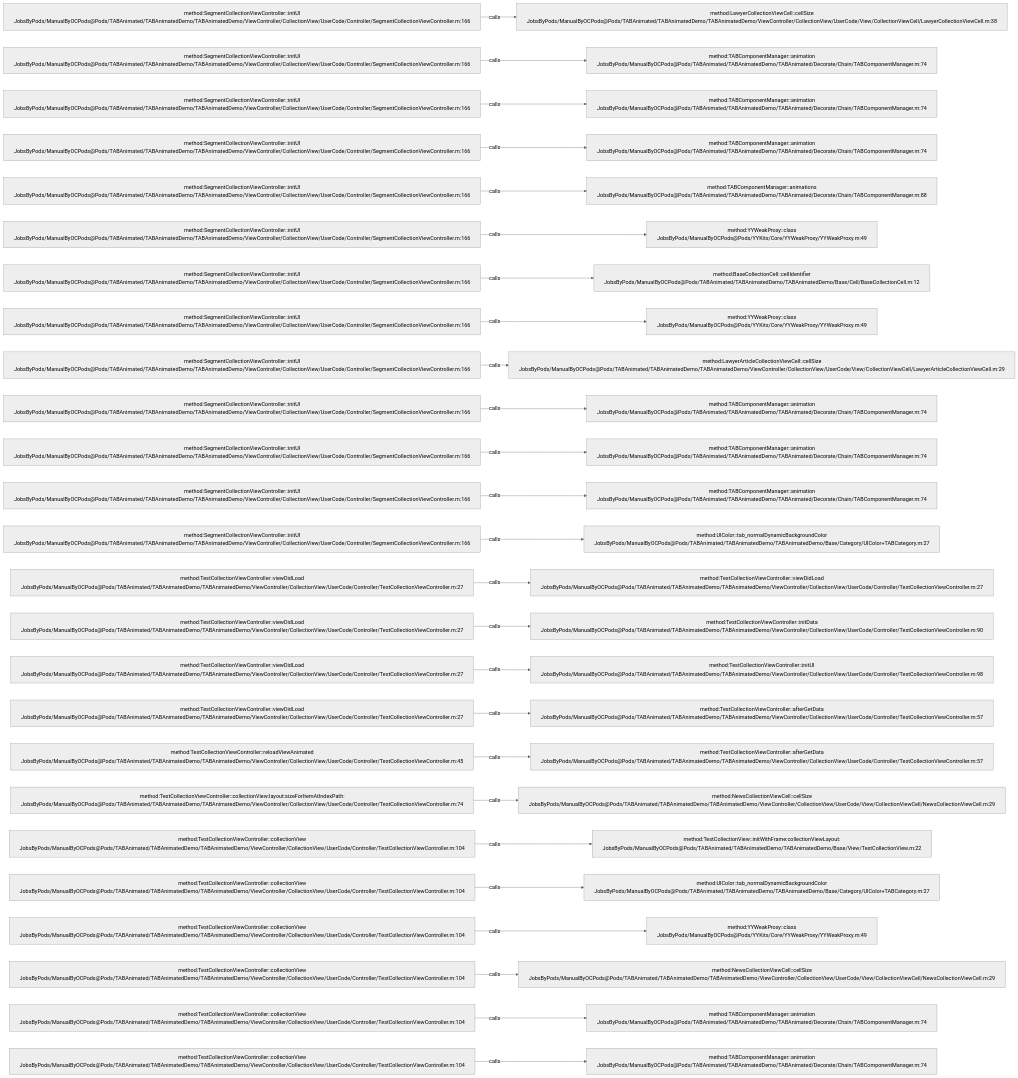
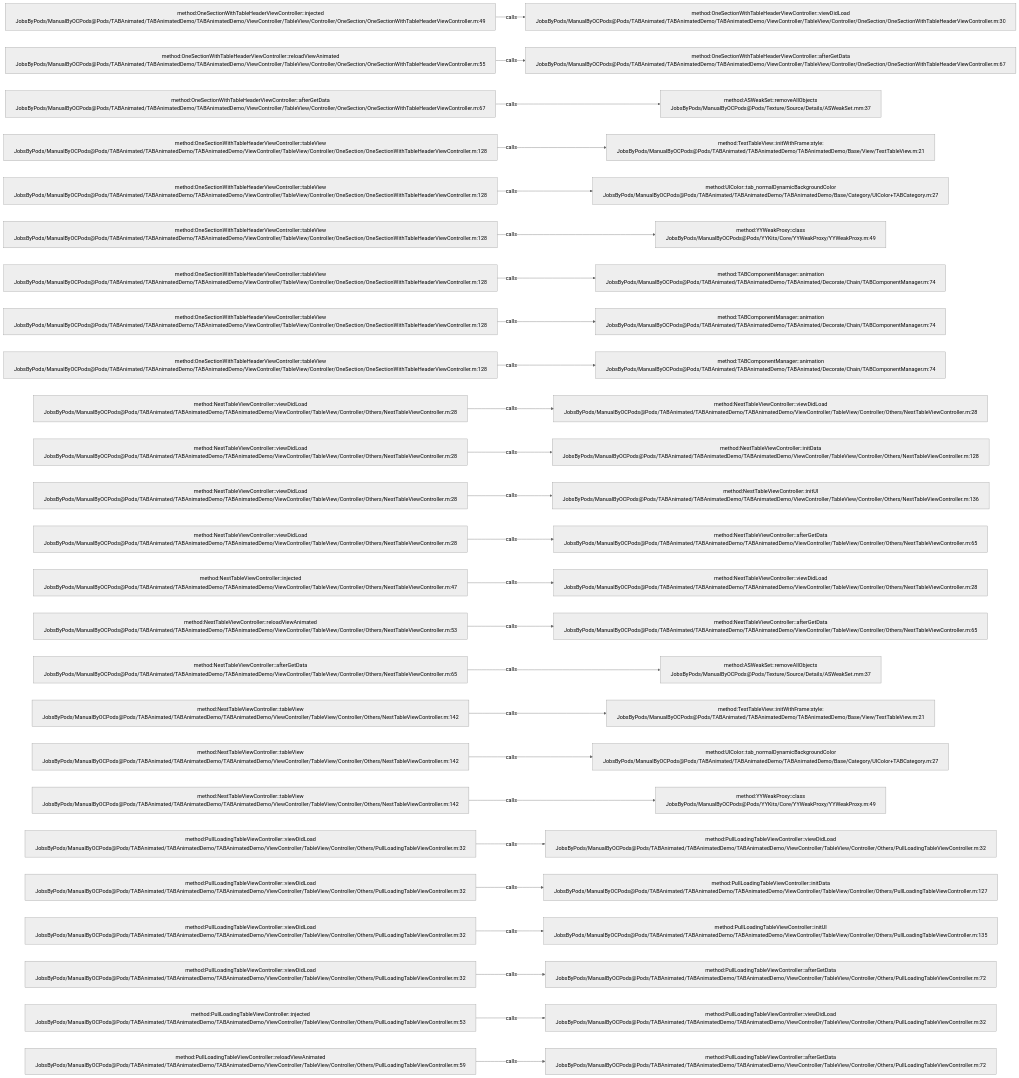
Before and after one commit to JobsKits/JobsOCBaseConfigDemo: the diagram in .codegraph/codegraph.md/graphs/calls-044.md, drawn with Mermaid (neutral theme). The commit also changed 2723 other files, not shown here.

````diff
--- a/.codegraph/codegraph.md/graphs/calls-044.md
+++ b/.codegraph/codegraph.md/graphs/calls-044.md
@@ -13,78 +13,78 @@
 ```mermaid
 flowchart LR
-  S1["method:SegmentCollectionViewController::initUI<br/>JobsByPods/ManualByOCPods@Pods/TABAnimated/TABAnimatedDemo/TABAnimatedDemo/ViewController/CollectionView/UserCode/Controller/SegmentCollectionViewController.m:166"]
-  T1["method:LawyerCollectionViewCell::cellSize<br/>JobsByPods/ManualByOCPods@Pods/TABAnimated/TABAnimatedDemo/TABAnimatedDemo/ViewController/CollectionView/UserCode/View/CollectionViewCell/LawyerCollectionViewCell.m:38"]
+  S1["method:OneSectionWithTableHeaderViewController::injected<br/>JobsByPods/ManualByOCPods@Pods/TABAnimated/TABAnimatedDemo/TABAnimatedDemo/ViewController/TableView/Controller/OneSection/OneSectionWithTableHeaderViewController.m:49"]
+  T1["method:OneSectionWithTableHeaderViewController::viewDidLoad<br/>JobsByPods/ManualByOCPods@Pods/TABAnimated/TABAnimatedDemo/TABAnimatedDemo/ViewController/TableView/Controller/OneSection/OneSectionWithTableHeaderViewController.m:30"]
   S1 -->|calls| T1
-  S2["method:SegmentCollectionViewController::initUI<br/>JobsByPods/ManualByOCPods@Pods/TABAnimated/TABAnimatedDemo/TABAnimatedDemo/ViewController/CollectionView/UserCode/Controller/SegmentCollectionViewController.m:166"]
-  T2["method:TABComponentManager::animation<br/>JobsByPods/ManualByOCPods@Pods/TABAnimated/TABAnimatedDemo/TABAnimated/Decorate/Chain/TABComponentManager.m:74"]
+  S2["method:OneSectionWithTableHeaderViewController::reloadViewAnimated<br/>JobsByPods/ManualByOCPods@Pods/TABAnimated/TABAnimatedDemo/TABAnimatedDemo/ViewController/TableView/Controller/OneSection/OneSectionWithTableHeaderViewController.m:55"]
+  T2["method:OneSectionWithTableHeaderViewController::afterGetData<br/>JobsByPods/ManualByOCPods@Pods/TABAnimated/TABAnimatedDemo/TABAnimatedDemo/ViewController/TableView/Controller/OneSection/OneSectionWithTableHeaderViewController.m:67"]
   S2 -->|calls| T2
-  S3["method:SegmentCollectionViewController::initUI<br/>JobsByPods/ManualByOCPods@Pods/TABAnimated/TABAnimatedDemo/TABAnimatedDemo/ViewController/CollectionView/UserCode/Controller/SegmentCollectionViewController.m:166"]
-  T3["method:TABComponentManager::animation<br/>JobsByPods/ManualByOCPods@Pods/TABAnimated/TABAnimatedDemo/TABAnimated/Decorate/Chain/TABComponentManager.m:74"]
+  S3["method:OneSectionWithTableHeaderViewController::afterGetData<br/>JobsByPods/ManualByOCPods@Pods/TABAnimated/TABAnimatedDemo/TABAnimatedDemo/ViewController/TableView/Controller/OneSection/OneSectionWithTableHeaderViewController.m:67"]
+  T3["method:ASWeakSet::removeAllObjects<br/>JobsByPods/ManualByOCPods@Pods/Texture/Source/Details/ASWeakSet.mm:37"]
   S3 -->|calls| T3
-  S4["method:SegmentCollectionViewController::initUI<br/>JobsByPods/ManualByOCPods@Pods/TABAnimated/TABAnimatedDemo/TABAnimatedDemo/ViewController/CollectionView/UserCode/Controller/SegmentCollectionViewController.m:166"]
-  T4["method:TABComponentManager::animation<br/>JobsByPods/ManualByOCPods@Pods/TABAnimated/TABAnimatedDemo/TABAnimated/Decorate/Chain/TABComponentManager.m:74"]
+  S4["method:OneSectionWithTableHeaderViewController::tableView<br/>JobsByPods/ManualByOCPods@Pods/TABAnimated/TABAnimatedDemo/TABAnimatedDemo/ViewController/TableView/Controller/OneSection/OneSectionWithTableHeaderViewController.m:128"]
+  T4["method:TestTableView::initWithFrame:style:<br/>JobsByPods/ManualByOCPods@Pods/TABAnimated/TABAnimatedDemo/TABAnimatedDemo/Base/View/TestTableView.m:21"]
   S4 -->|calls| T4
-  S5["method:SegmentCollectionViewController::initUI<br/>JobsByPods/ManualByOCPods@Pods/TABAnimated/TABAnimatedDemo/TABAnimatedDemo/ViewController/CollectionView/UserCode/Controller/SegmentCollectionViewController.m:166"]
-  T5["method:TABComponentManager::animations<br/>JobsByPods/ManualByOCPods@Pods/TABAnimated/TABAnimatedDemo/TABAnimated/Decorate/Chain/TABComponentManager.m:88"]
+  S5["method:OneSectionWithTableHeaderViewController::tableView<br/>JobsByPods/ManualByOCPods@Pods/TABAnimated/TABAnimatedDemo/TABAnimatedDemo/ViewController/TableView/Controller/OneSection/OneSectionWithTableHeaderViewController.m:128"]
+  T5["method:UIColor::tab_normalDynamicBackgroundColor<br/>JobsByPods/ManualByOCPods@Pods/TABAnimated/TABAnimatedDemo/TABAnimatedDemo/Base/Category/UIColor+TABCategory.m:27"]
   S5 -->|calls| T5
-  S6["method:SegmentCollectionViewController::initUI<br/>JobsByPods/ManualByOCPods@Pods/TABAnimated/TABAnimatedDemo/TABAnimatedDemo/ViewController/CollectionView/UserCode/Controller/SegmentCollectionViewController.m:166"]
+  S6["method:OneSectionWithTableHeaderViewController::tableView<br/>JobsByPods/ManualByOCPods@Pods/TABAnimated/TABAnimatedDemo/TABAnimatedDemo/ViewController/TableView/Controller/OneSection/OneSectionWithTableHeaderViewController.m:128"]
   T6["method:YYWeakProxy::class<br/>JobsByPods/ManualByOCPods@Pods/YYKits/Core/YYWeakProxy/YYWeakProxy.m:49"]
   S6 -->|calls| T6
-  S7["method:SegmentCollectionViewController::initUI<br/>JobsByPods/ManualByOCPods@Pods/TABAnimated/TABAnimatedDemo/TABAnimatedDemo/ViewController/CollectionView/UserCode/Controller/SegmentCollectionViewController.m:166"]
-  T7["method:BaseCollectionCell::cellIdentifier<br/>JobsByPods/ManualByOCPods@Pods/TABAnimated/TABAnimatedDemo/TABAnimatedDemo/Base/Cell/BaseCollectionCell.m:12"]
+  S7["method:OneSectionWithTableHeaderViewController::tableView<br/>JobsByPods/ManualByOCPods@Pods/TABAnimated/TABAnimatedDemo/TABAnimatedDemo/ViewController/TableView/Controller/OneSection/OneSectionWithTableHeaderViewController.m:128"]
+  T7["method:TABComponentManager::animation<br/>JobsByPods/ManualByOCPods@Pods/TABAnimated/TABAnimatedDemo/TABAnimated/Decorate/Chain/TABComponentManager.m:74"]
   S7 -->|calls| T7
-  S8["method:SegmentCollectionViewController::initUI<br/>JobsByPods/ManualByOCPods@Pods/TABAnimated/TABAnimatedDemo/TABAnimatedDemo/ViewController/CollectionView/UserCode/Controller/SegmentCollectionViewController.m:166"]
-  T8["method:YYWeakProxy::class<br/>JobsByPods/ManualByOCPods@Pods/YYKits/Core/YYWeakProxy/YYWeakProxy.m:49"]
+  S8["method:OneSectionWithTableHeaderViewController::tableView<br/>JobsByPods/ManualByOCPods@Pods/TABAnimated/TABAnimatedDemo/TABAnimatedDemo/ViewController/TableView/Controller/OneSection/OneSectionWithTableHeaderViewController.m:128"]
+  T8["method:TABComponentManager::animation<br/>JobsByPods/ManualByOCPods@Pods/TABAnimated/TABAnimatedDemo/TABAnimated/Decorate/Chain/TABComponentManager.m:74"]
   S8 -->|calls| T8
-  S9["method:SegmentCollectionViewController::initUI<br/>JobsByPods/ManualByOCPods@Pods/TABAnimated/TABAnimatedDemo/TABAnimatedDemo/ViewController/CollectionView/UserCode/Controller/SegmentCollectionViewController.m:166"]
-  T9["method:LawyerArticleCollectionViewCell::cellSize<br/>JobsByPods/ManualByOCPods@Pods/TABAnimated/TABAnimatedDemo/TABAnimatedDemo/ViewController/CollectionView/UserCode/View/CollectionViewCell/LawyerArticleCollectionViewCell.m:29"]
+  S9["method:OneSectionWithTableHeaderViewController::tableView<br/>JobsByPods/ManualByOCPods@Pods/TABAnimated/TABAnimatedDemo/TABAnimatedDemo/ViewController/TableView/Controller/OneSection/OneSectionWithTableHeaderViewController.m:128"]
+  T9["method:TABComponentManager::animation<br/>JobsByPods/ManualByOCPods@Pods/TABAnimated/TABAnimatedDemo/TABAnimated/Decorate/Chain/TABComponentManager.m:74"]
   S9 -->|calls| T9
-  S10["method:SegmentCollectionViewController::initUI<br/>JobsByPods/ManualByOCPods@Pods/TABAnimated/TABAnimatedDemo/TABAnimatedDemo/ViewController/CollectionView/UserCode/Controller/SegmentCollectionViewController.m:166"]
-  T10["method:TABComponentManager::animation<br/>JobsByPods/ManualByOCPods@Pods/TABAnimated/TABAnimatedDemo/TABAnimated/Decorate/Chain/TABComponentManager.m:74"]
+  S10["method:NestTableViewController::viewDidLoad<br/>JobsByPods/ManualByOCPods@Pods/TABAnimated/TABAnimatedDemo/TABAnimatedDemo/ViewController/TableView/Controller/Others/NestTableViewController.m:28"]
+  T10["method:NestTableViewController::viewDidLoad<br/>JobsByPods/ManualByOCPods@Pods/TABAnimated/TABAnimatedDemo/TABAnimatedDemo/ViewController/TableView/Controller/Others/NestTableViewController.m:28"]
   S10 -->|calls| T10
-  S11["method:SegmentCollectionViewController::initUI<br/>JobsByPods/ManualByOCPods@Pods/TABAnimated/TABAnimatedDemo/TABAnimatedDemo/ViewController/CollectionView/UserCode/Controller/SegmentCollectionViewController.m:166"]
-  T11["method:TABComponentManager::animation<br/>JobsByPods/ManualByOCPods@Pods/TABAnimated/TABAnimatedDemo/TABAnimated/Decorate/Chain/TABComponentManager.m:74"]
+  S11["method:NestTableViewController::viewDidLoad<br/>JobsByPods/ManualByOCPods@Pods/TABAnimated/TABAnimatedDemo/TABAnimatedDemo/ViewController/TableView/Controller/Others/NestTableViewController.m:28"]
+  T11["method:NestTableViewController::initData<br/>JobsByPods/ManualByOCPods@Pods/TABAnimated/TABAnimatedDemo/TABAnimatedDemo/ViewController/TableView/Controller/Others/NestTableViewController.m:128"]
   S11 -->|calls| T11
-  S12["method:SegmentCollectionViewController::initUI<br/>JobsByPods/ManualByOCPods@Pods/TABAnimated/TABAnimatedDemo/TABAnimatedDemo/ViewController/CollectionView/UserCode/Controller/SegmentCollectionViewController.m:166"]
-  T12["method:TABComponentManager::animation<br/>JobsByPods/ManualByOCPods@Pods/TABAnimated/TABAnimatedDemo/TABAnimated/Decorate/Chain/TABComponentManager.m:74"]
+  S12["method:NestTableViewController::viewDidLoad<br/>JobsByPods/ManualByOCPods@Pods/TABAnimated/TABAnimatedDemo/TABAnimatedDemo/ViewController/TableView/Controller/Others/NestTableViewController.m:28"]
+  T12["method:NestTableViewController::initUI<br/>JobsByPods/ManualByOCPods@Pods/TABAnimated/TABAnimatedDemo/TABAnimatedDemo/ViewController/TableView/Controller/Others/NestTableViewController.m:136"]
   S12 -->|calls| T12
-  S13["method:SegmentCollectionViewController::initUI<br/>JobsByPods/ManualByOCPods@Pods/TABAnimated/TABAnimatedDemo/TABAnimatedDemo/ViewController/CollectionView/UserCode/Controller/SegmentCollectionViewController.m:166"]
-  T13["method:UIColor::tab_normalDynamicBackgroundColor<br/>JobsByPods/ManualByOCPods@Pods/TABAnimated/TABAnimatedDemo/TABAnimatedDemo/Base/Category/UIColor+TABCategory.m:27"]
+  S13["method:NestTableViewController::viewDidLoad<br/>JobsByPods/ManualByOCPods@Pods/TABAnimated/TABAnimatedDemo/TABAnimatedDemo/ViewController/TableView/Controller/Others/NestTableViewController.m:28"]
+  T13["method:NestTableViewController::afterGetData<br/>JobsByPods/ManualByOCPods@Pods/TABAnimated/TABAnimatedDemo/TABAnimatedDemo/ViewController/TableView/Controller/Others/NestTableViewController.m:65"]
   S13 -->|calls| T13
-  S14["method:TestCollectionViewController::viewDidLoad<br/>JobsByPods/ManualByOCPods@Pods/TABAnimated/TABAnimatedDemo/TABAnimatedDemo/ViewController/CollectionView/UserCode/Controller/TestCollectionViewController.m:27"]
-  T14["method:TestCollectionViewController::viewDidLoad<br/>JobsByPods/ManualByOCPods@Pods/TABAnimated/TABAnimatedDemo/TABAnimatedDemo/ViewController/CollectionView/UserCode/Controller/TestCollectionViewController.m:27"]
+  S14["method:NestTableViewController::injected<br/>JobsByPods/ManualByOCPods@Pods/TABAnimated/TABAnimatedDemo/TABAnimatedDemo/ViewController/TableView/Controller/Others/NestTableViewController.m:47"]
+  T14["method:NestTableViewController::viewDidLoad<br/>JobsByPods/ManualByOCPods@Pods/TABAnimated/TABAnimatedDemo/TABAnimatedDemo/ViewController/TableView/Controller/Others/NestTableViewController.m:28"]
   S14 -->|calls| T14
-  S15["method:TestCollectionViewController::viewDidLoad<br/>JobsByPods/ManualByOCPods@Pods/TABAnimated/TABAnimatedDemo/TABAnimatedDemo/ViewController/CollectionView/UserCode/Controller/TestCollectionViewController.m:27"]
-  T15["method:TestCollectionViewController::initData<br/>JobsByPods/ManualByOCPods@Pods/TABAnimated/TABAnimatedDemo/TABAnimatedDemo/ViewController/CollectionView/UserCode/Controller/TestCollectionViewController.m:90"]
+  S15["method:NestTableViewController::reloadViewAnimated<br/>JobsByPods/ManualByOCPods@Pods/TABAnimated/TABAnimatedDemo/TABAnimatedDemo/ViewController/TableView/Controller/Others/NestTableViewController.m:53"]
+  T15["method:NestTableViewController::afterGetData<br/>JobsByPods/ManualByOCPods@Pods/TABAnimated/TABAnimatedDemo/TABAnimatedDemo/ViewController/TableView/Controller/Others/NestTableViewController.m:65"]
   S15 -->|calls| T15
-  S16["method:TestCollectionViewController::viewDidLoad<br/>JobsByPods/ManualByOCPods@Pods/TABAnimated/TABAnimatedDemo/TABAnimatedDemo/ViewController/CollectionView/UserCode/Controller/TestCollectionViewController.m:27"]
-  T16["method:TestCollectionViewController::initUI<br/>JobsByPods/ManualByOCPods@Pods/TABAnimated/TABAnimatedDemo/TABAnimatedDemo/ViewController/CollectionView/UserCode/Controller/TestCollectionViewController.m:98"]
+  S16["method:NestTableViewController::afterGetData<br/>JobsByPods/ManualByOCPods@Pods/TABAnimated/TABAnimatedDemo/TABAnimatedDemo/ViewController/TableView/Controller/Others/NestTableViewController.m:65"]
+  T16["method:ASWeakSet::removeAllObjects<br/>JobsByPods/ManualByOCPods@Pods/Texture/Source/Details/ASWeakSet.mm:37"]
   S16 -->|calls| T16
-  S17["method:TestCollectionViewController::viewDidLoad<br/>JobsByPods/ManualByOCPods@Pods/TABAnimated/TABAnimatedDemo/TABAnimatedDemo/ViewController/CollectionView/UserCode/Controller/TestCollectionViewController.m:27"]
-  T17["method:TestCollectionViewController::afterGetData<br/>JobsByPods/ManualByOCPods@Pods/TABAnimated/TABAnimatedDemo/TABAnimatedDemo/ViewController/CollectionView/UserCode/Controller/TestCollectionViewController.m:57"]
+  S17["method:NestTableViewController::tableView<br/>JobsByPods/ManualByOCPods@Pods/TABAnimated/TABAnimatedDemo/TABAnimatedDemo/ViewController/TableView/Controller/Others/NestTableViewController.m:142"]
+  T17["method:TestTableView::initWithFrame:style:<br/>JobsByPods/ManualByOCPods@Pods/TABAnimated/TABAnimatedDemo/TABAnimatedDemo/Base/View/TestTableView.m:21"]
   S17 -->|calls| T17
-  S18["method:TestCollectionViewController::reloadViewAnimated<br/>JobsByPods/ManualByOCPods@Pods/TABAnimated/TABAnimatedDemo/TABAnimatedDemo/ViewController/CollectionView/UserCode/Controller/TestCollectionViewController.m:45"]
-  T18["method:TestCollectionViewController::afterGetData<br/>JobsByPods/ManualByOCPods@Pods/TABAnimated/TABAnimatedDemo/TABAnimatedDemo/ViewController/CollectionView/UserCode/Controller/TestCollectionViewController.m:57"]
+  S18["method:NestTableViewController::tableView<br/>JobsByPods/ManualByOCPods@Pods/TABAnimated/TABAnimatedDemo/TABAnimatedDemo/ViewController/TableView/Controller/Others/NestTableViewController.m:142"]
+  T18["method:UIColor::tab_normalDynamicBackgroundColor<br/>JobsByPods/ManualByOCPods@Pods/TABAnimated/TABAnimatedDemo/TABAnimatedDemo/Base/Category/UIColor+TABCategory.m:27"]
   S18 -->|calls| T18
-  S19["method:TestCollectionViewController::collectionView:layout:sizeForItemAtIndexPath:<br/>JobsByPods/ManualByOCPods@Pods/TABAnimated/TABAnimatedDemo/TABAnimatedDemo/ViewController/CollectionView/UserCode/Controller/TestCollectionViewController.m:74"]
-  T19["method:NewsCollectionViewCell::cellSize<br/>JobsByPods/ManualByOCPods@Pods/TABAnimated/TABAnimatedDemo/TABAnimatedDemo/ViewController/CollectionView/UserCode/View/CollectionViewCell/NewsCollectionViewCell.m:29"]
+  S19["method:NestTableViewController::tableView<br/>JobsByPods/ManualByOCPods@Pods/TABAnimated/TABAnimatedDemo/TABAnimatedDemo/ViewController/TableView/Controller/Others/NestTableViewController.m:142"]
+  T19["method:YYWeakProxy::class<br/>JobsByPods/ManualByOCPods@Pods/YYKits/Core/YYWeakProxy/YYWeakProxy.m:49"]
   S19 -->|calls| T19
-  S20["method:TestCollectionViewController::collectionView<br/>JobsByPods/ManualByOCPods@Pods/TABAnimated/TABAnimatedDemo/TABAnimatedDemo/ViewController/CollectionView/UserCode/Controller/TestCollectionViewController.m:104"]
-  T20["method:TestCollectionView::initWithFrame:collectionViewLayout:<br/>JobsByPods/ManualByOCPods@Pods/TABAnimated/TABAnimatedDemo/TABAnimatedDemo/Base/View/TestCollectionView.m:22"]
+  S20["method:PullLoadingTableViewController::viewDidLoad<br/>JobsByPods/ManualByOCPods@Pods/TABAnimated/TABAnimatedDemo/TABAnimatedDemo/ViewController/TableView/Controller/Others/PullLoadingTableViewController.m:32"]
+  T20["method:PullLoadingTableViewController::viewDidLoad<br/>JobsByPods/ManualByOCPods@Pods/TABAnimated/TABAnimatedDemo/TABAnimatedDemo/ViewController/TableView/Controller/Others/PullLoadingTableViewController.m:32"]
   S20 -->|calls| T20
-  S21["method:TestCollectionViewController::collectionView<br/>JobsByPods/ManualByOCPods@Pods/TABAnimated/TABAnimatedDemo/TABAnimatedDemo/ViewController/CollectionView/UserCode/Controller/TestCollectionViewController.m:104"]
-  T21["method:UIColor::tab_normalDynamicBackgroundColor<br/>JobsByPods/ManualByOCPods@Pods/TABAnimated/TABAnimatedDemo/TABAnimatedDemo/Base/Category/UIColor+TABCategory.m:27"]
+  S21["method:PullLoadingTableViewController::viewDidLoad<br/>JobsByPods/ManualByOCPods@Pods/TABAnimated/TABAnimatedDemo/TABAnimatedDemo/ViewController/TableView/Controller/Others/PullLoadingTableViewController.m:32"]
+  T21["method:PullLoadingTableViewController::initData<br/>JobsByPods/ManualByOCPods@Pods/TABAnimated/TABAnimatedDemo/TABAnimatedDemo/ViewController/TableView/Controller/Others/PullLoadingTableViewController.m:127"]
   S21 -->|calls| T21
-  S22["method:TestCollectionViewController::collectionView<br/>JobsByPods/ManualByOCPods@Pods/TABAnimated/TABAnimatedDemo/TABAnimatedDemo/ViewController/CollectionView/UserCode/Controller/TestCollectionViewController.m:104"]
-  T22["method:YYWeakProxy::class<br/>JobsByPods/ManualByOCPods@Pods/YYKits/Core/YYWeakProxy/YYWeakProxy.m:49"]
+  S22["method:PullLoadingTableViewController::viewDidLoad<br/>JobsByPods/ManualByOCPods@Pods/TABAnimated/TABAnimatedDemo/TABAnimatedDemo/ViewController/TableView/Controller/Others/PullLoadingTableViewController.m:32"]
+  T22["method:PullLoadingTableViewController::initUI<br/>JobsByPods/ManualByOCPods@Pods/TABAnimated/TABAnimatedDemo/TABAnimatedDemo/ViewController/TableView/Controller/Others/PullLoadingTableViewController.m:135"]
   S22 -->|calls| T22
-  S23["method:TestCollectionViewController::collectionView<br/>JobsByPods/ManualByOCPods@Pods/TABAnimated/TABAnimatedDemo/TABAnimatedDemo/ViewController/CollectionView/UserCode/Controller/TestCollectionViewController.m:104"]
-  T23["method:NewsCollectionViewCell::cellSize<br/>JobsByPods/ManualByOCPods@Pods/TABAnimated/TABAnimatedDemo/TABAnimatedDemo/ViewController/CollectionView/UserCode/View/CollectionViewCell/NewsCollectionViewCell.m:29"]
+  S23["method:PullLoadingTableViewController::viewDidLoad<br/>JobsByPods/ManualByOCPods@Pods/TABAnimated/TABAnimatedDemo/TABAnimatedDemo/ViewController/TableView/Controller/Others/PullLoadingTableViewController.m:32"]
+  T23["method:PullLoadingTableViewController::afterGetData<br/>JobsByPods/ManualByOCPods@Pods/TABAnimated/TABAnimatedDemo/TABAnimatedDemo/ViewController/TableView/Controller/Others/PullLoadingTableViewController.m:72"]
   S23 -->|calls| T23
-  S24["method:TestCollectionViewController::collectionView<br/>JobsByPods/ManualByOCPods@Pods/TABAnimated/TABAnimatedDemo/TABAnimatedDemo/ViewController/CollectionView/UserCode/Controller/TestCollectionViewController.m:104"]
-  T24["method:TABComponentManager::animation<br/>JobsByPods/ManualByOCPods@Pods/TABAnimated/TABAnimatedDemo/TABAnimated/Decorate/Chain/TABComponentManager.m:74"]
+  S24["method:PullLoadingTableViewController::injected<br/>JobsByPods/ManualByOCPods@Pods/TABAnimated/TABAnimatedDemo/TABAnimatedDemo/ViewController/TableView/Controller/Others/PullLoadingTableViewController.m:53"]
+  T24["method:PullLoadingTableViewController::viewDidLoad<br/>JobsByPods/ManualByOCPods@Pods/TABAnimated/TABAnimatedDemo/TABAnimatedDemo/ViewController/TableView/Controller/Others/PullLoadingTableViewController.m:32"]
   S24 -->|calls| T24
-  S25["method:TestCollectionViewController::collectionView<br/>JobsByPods/ManualByOCPods@Pods/TABAnimated/TABAnimatedDemo/TABAnimatedDemo/ViewController/CollectionView/UserCode/Controller/TestCollectionViewController.m:104"]
-  T25["method:TABComponentManager::animation<br/>JobsByPods/ManualByOCPods@Pods/TABAnimated/TABAnimatedDemo/TABAnimated/Decorate/Chain/TABComponentManager.m:74"]
+  S25["method:PullLoadingTableViewController::reloadViewAnimated<br/>JobsByPods/ManualByOCPods@Pods/TABAnimated/TABAnimatedDemo/TABAnimatedDemo/ViewController/TableView/Controller/Others/PullLoadingTableViewController.m:59"]
+  T25["method:PullLoadingTableViewController::afterGetData<br/>JobsByPods/ManualByOCPods@Pods/TABAnimated/TABAnimatedDemo/TABAnimatedDemo/ViewController/TableView/Controller/Others/PullLoadingTableViewController.m:72"]
   S25 -->|calls| T25
 ```
````
